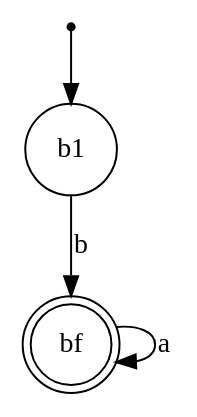
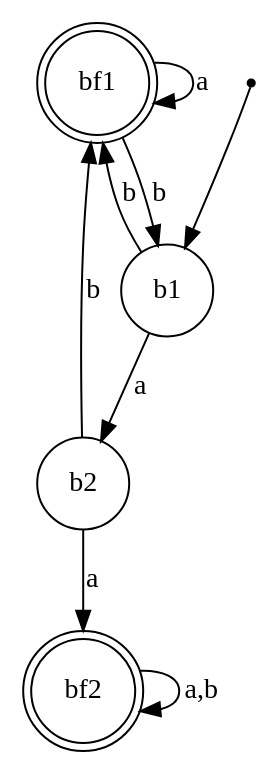
One commit to Caramelo18/COMP-Project changed the diagram in B.dot. Above: the diagram before and after it, drawn with Graphviz. The commit also changed 5 other files, not shown here.

```diff
--- a/B.dot
+++ b/B.dot
@@ -1,9 +1,15 @@
 digraph finite_state_machine {
-    node [shape = doublecircle]; bf;
+    node [shape = doublecircle]; bf1;
+    node [shape = doublecircle]; bf2;
     node [shape = point ]; bi;
 
     node [shape = circle];
     bi -> b1;
-    b1 -> bf [ label = "b" ];
-    bf -> bf  [ label = "a" ];
+    b1 -> b2 [ label = "a" ];
+    b1 -> bf1 [ label = "b" ];
+    b2 -> bf2 [ label = "a" ];
+    b2 -> bf1 [ label = "b" ];
+    bf1 -> bf1 [ label = "a" ];
+    bf1 -> b1 [ label = "b" ];
+    bf2 -> bf2 [ label = "a,b" ];
 }
```
